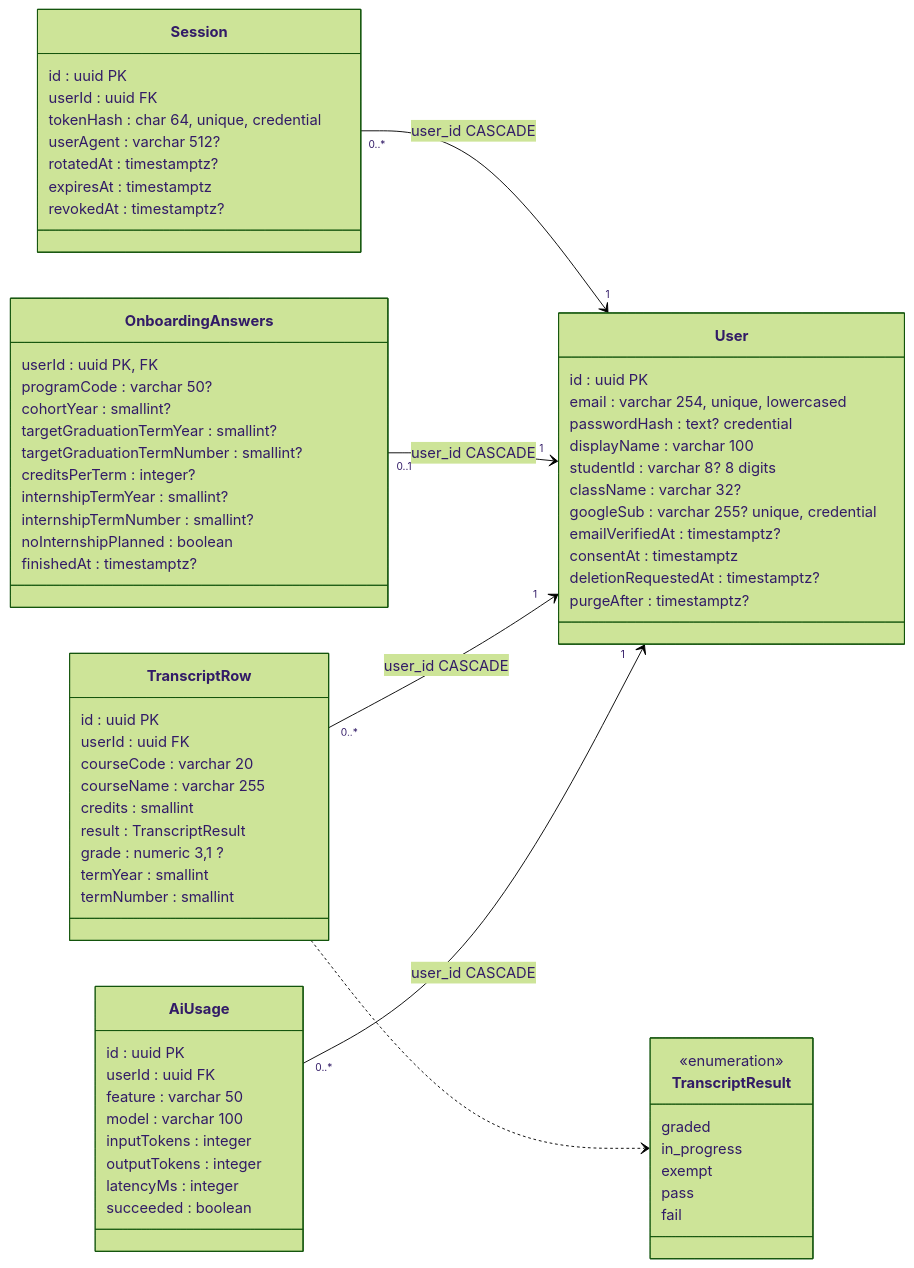
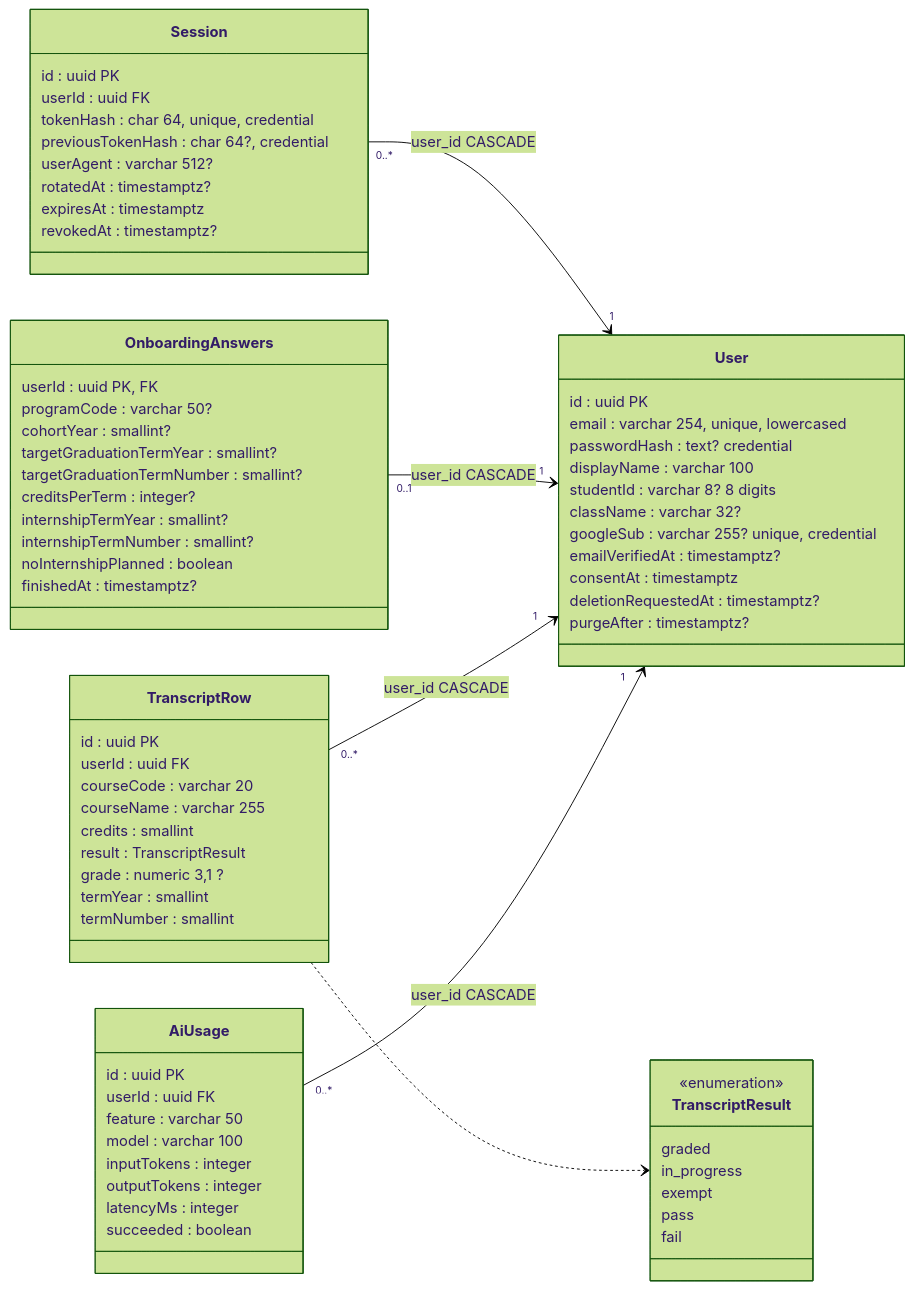
Before and after one commit to LLaammTTeerr/omnicourses: the first of 18 diagrams in docs/analysis-and-design/class-model.md, drawn with Mermaid (forest theme). The commit also changed 15 other files, not shown here.

````diff
--- a/docs/analysis-and-design/class-model.md
+++ b/docs/analysis-and-design/class-model.md
@@ -19,72 +19,73 @@
 ```mermaid
 classDiagram
     direction LR
     class User {
         id : uuid PK
         email : varchar 254, unique, lowercased
         passwordHash : text? credential
         displayName : varchar 100
         studentId : varchar 8? 8 digits
         className : varchar 32?
         googleSub : varchar 255? unique, credential
         emailVerifiedAt : timestamptz?
         consentAt : timestamptz
         deletionRequestedAt : timestamptz?
         purgeAfter : timestamptz?
     }
     class Session {
         id : uuid PK
         userId : uuid FK
         tokenHash : char 64, unique, credential
+        previousTokenHash : char 64?, credential
         userAgent : varchar 512?
         rotatedAt : timestamptz?
         expiresAt : timestamptz
         revokedAt : timestamptz?
     }
     class OnboardingAnswers {
         userId : uuid PK, FK
         programCode : varchar 50?
         cohortYear : smallint?
         targetGraduationTermYear : smallint?
         targetGraduationTermNumber : smallint?
         creditsPerTerm : integer?
         internshipTermYear : smallint?
         internshipTermNumber : smallint?
         noInternshipPlanned : boolean
         finishedAt : timestamptz?
     }
     class TranscriptRow {
         id : uuid PK
         userId : uuid FK
         courseCode : varchar 20
         courseName : varchar 255
         credits : smallint
         result : TranscriptResult
         grade : numeric 3,1 ?
         termYear : smallint
         termNumber : smallint
     }
     class AiUsage {
         id : uuid PK
         userId : uuid FK
         feature : varchar 50
         model : varchar 100
         inputTokens : integer
         outputTokens : integer
         latencyMs : integer
         succeeded : boolean
     }
     class TranscriptResult {
         <<enumeration>>
         graded
         in_progress
         exempt
         pass
         fail
     }
     Session "0..*" --> "1" User : user_id CASCADE
     OnboardingAnswers "0..1" --> "1" User : user_id CASCADE
     TranscriptRow "0..*" --> "1" User : user_id CASCADE
     AiUsage "0..*" --> "1" User : user_id CASCADE
     TranscriptRow ..> TranscriptResult
 ```
````
